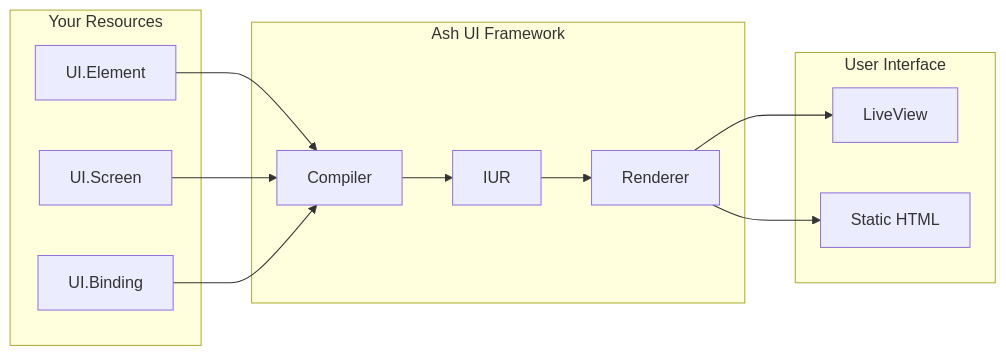
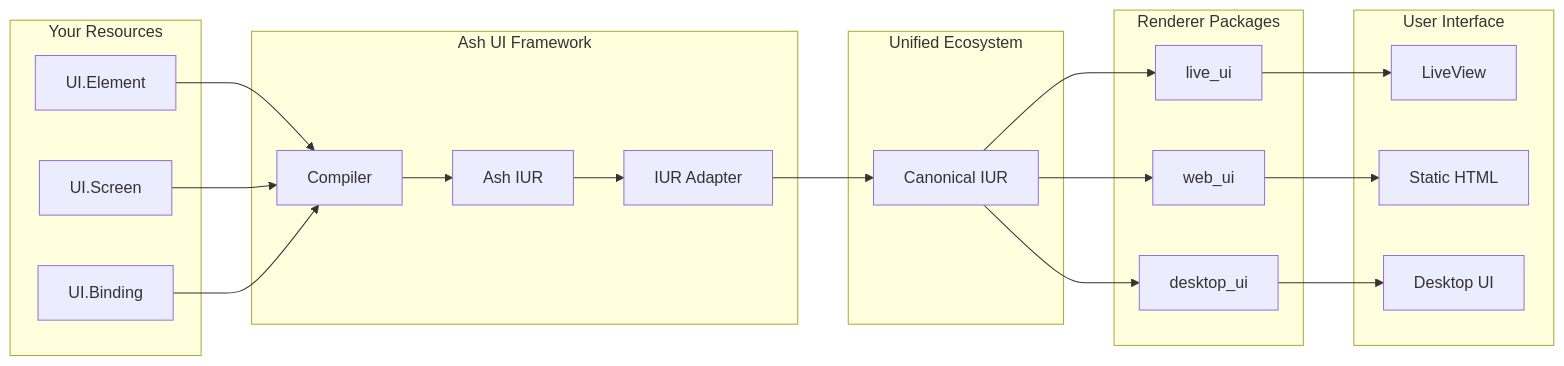
Before and after one commit to pcharbon70/ash_ui: the diagram in README.md, drawn with Mermaid. The commit also changed other lines of this file and 9 other files, not shown here.

First line of the commit message:
Update Ash UI specs to integrate with unified-ui ecosystem

````diff
--- a/README.md
+++ b/README.md
@@ -17,27 +17,43 @@
 ```mermaid
 flowchart LR
     subgraph Input["Your Resources"]
         Element["UI.Element"]
         Screen["UI.Screen"]
         Binding["UI.Binding"]
     end
 
     subgraph AshUI["Ash UI Framework"]
         Compiler["Compiler"]
-        IUR["IUR"]
-        Renderer["Renderer"]
+        IUR["Ash IUR"]
+        Adapter["IUR Adapter"]
+    end
+
+    subgraph Unified["Unified Ecosystem"]
+        Canonical["Canonical IUR"]
+    end
+
+    subgraph Renderers["Renderer Packages"]
+        Live["live_ui"]
+        Web["web_ui"]
+        Desktop["desktop_ui"]
     end
 
     subgraph Output["User Interface"]
-        Live["LiveView"]
+        LV["LiveView"]
         HTML["Static HTML"]
+        Native["Desktop UI"]
     end
 
     Element --> Compiler
     Screen --> Compiler
     Binding --> Compiler
     Compiler --> IUR
-    IUR --> Renderer
-    Renderer --> Live
-    Renderer --> HTML
+    IUR --> Adapter
+    Adapter --> Canonical
+    Canonical --> Live
+    Canonical --> Web
+    Canonical --> Desktop
+    Live --> LV
+    Web --> HTML
+    Desktop --> Native
 ```
````
